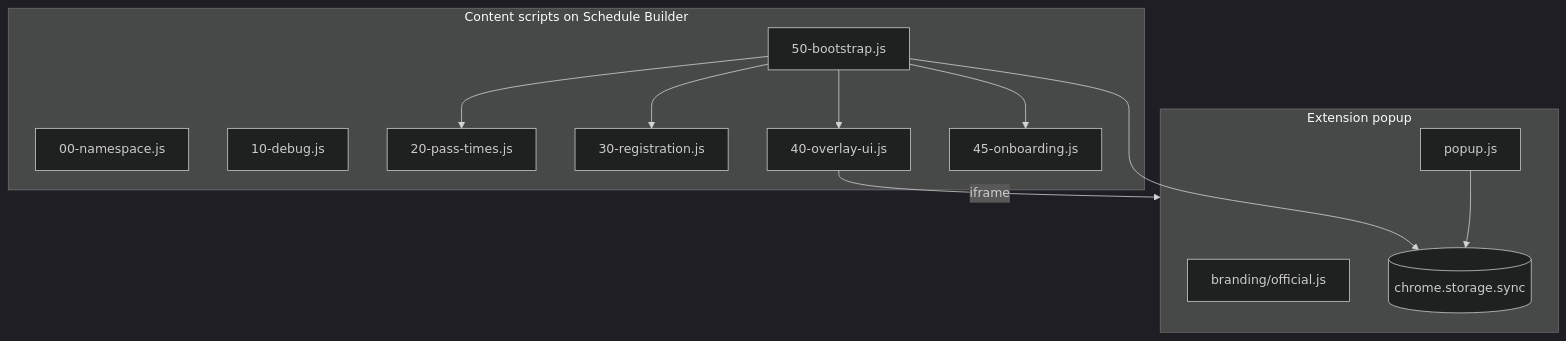
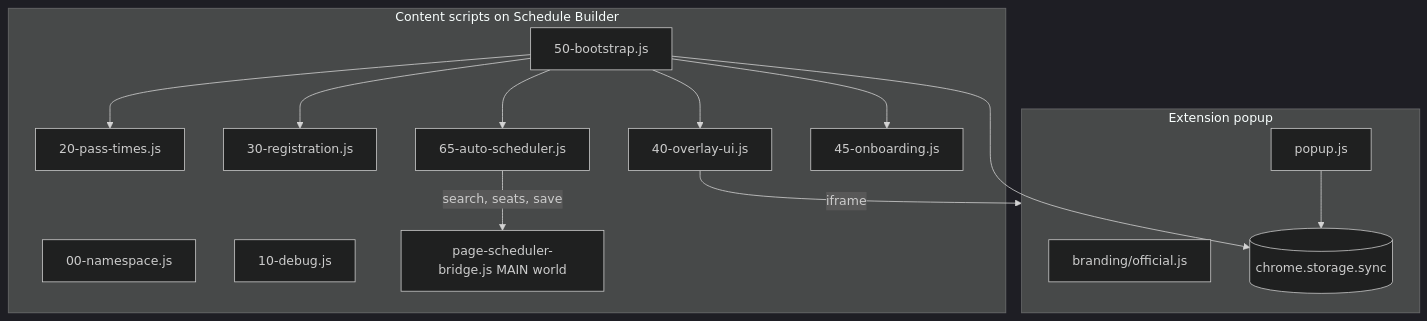
Before and after one commit to vijitdua/aggie-schedule-sniper: the diagram in docs/ARCHITECTURE.md, drawn with Mermaid (dark theme). The commit also changed other lines of this file and 10 other files, not shown here.

````diff
--- a/docs/ARCHITECTURE.md
+++ b/docs/ARCHITECTURE.md
@@ -7,26 +7,30 @@
 ```mermaid
 flowchart TB
   subgraph popup [Extension popup]
     brandingJs[branding/official.js]
     popupJs[popup.js]
     syncStorage[(chrome.storage.sync)]
   end
 
   subgraph content [Content scripts on Schedule Builder]
     ns[00-namespace.js]
     debug[10-debug.js]
     passes[20-pass-times.js]
     reg[30-registration.js]
+    planner[65-auto-scheduler.js]
+    bridge[page-scheduler-bridge.js MAIN world]
     ui[40-overlay-ui.js]
     onboard[45-onboarding.js]
     boot[50-bootstrap.js]
   end
 
   popupJs --> syncStorage
   boot --> syncStorage
   boot --> passes
   boot --> reg
+  boot --> planner
+  planner -->|search, seats, save| bridge
   boot --> ui
   boot --> onboard
   ui -->|iframe| popup
 ```
````
